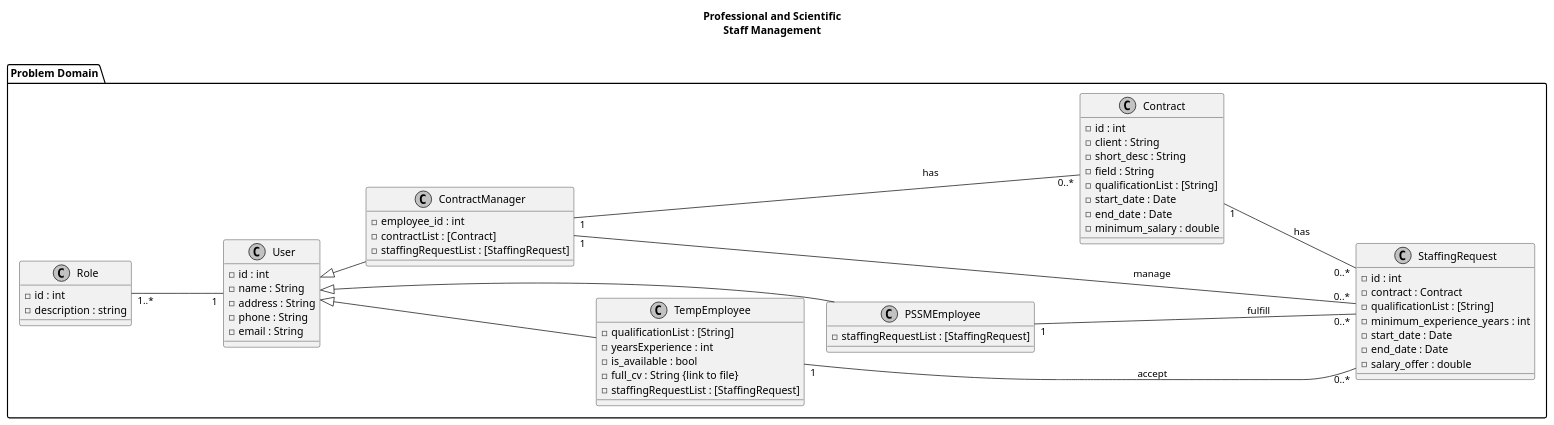
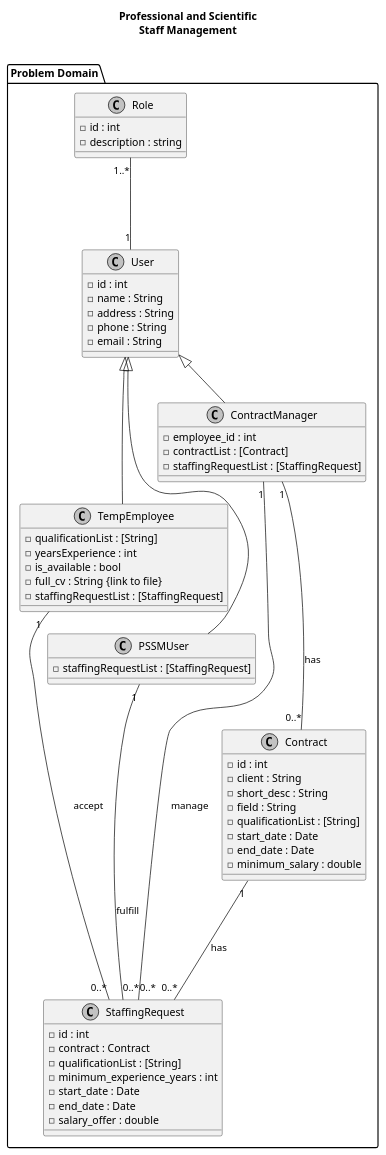
Before and after one commit to Nuissance/CIS641-capstone: the diagram in Design/ProblemDomain/pssm_cd_design.puml, drawn with PlantUML. The commit also changed 3 other files, not shown here.

```diff
--- a/Design/ProblemDomain/pssm_cd_design.puml
+++ b/Design/ProblemDomain/pssm_cd_design.puml
@@ -1,67 +1,67 @@
 @startuml
-left to right direction
+'left to right direction
 skinparam monochrome true
 title Professional and Scientific\nStaff Management\n
 
 package "Problem Domain" {
   class Role{
     -id : int
     -description : string
   }
   class User{
     -id : int
     -name : String
     -address : String
     -phone : String
     -email : String
   }
   class TempEmployee{
     -qualificationList : [String]
     -yearsExperience : int
     -is_available : bool
     -full_cv : String {link to file}
     -staffingRequestList : [StaffingRequest]
   }
-  class PSSMEmployee{
+  class PSSMUser{
     -staffingRequestList : [StaffingRequest]
   }
 
   class ContractManager{
     -employee_id : int
     -contractList : [Contract]
     -staffingRequestList : [StaffingRequest]
   }
 
   class StaffingRequest{
     -id : int
     -contract : Contract
     -qualificationList : [String]
     -minimum_experience_years : int
     -start_date : Date
     -end_date : Date
     -salary_offer : double
   }
 
   class Contract{
     -id : int
     -client : String
     -short_desc : String
     -field : String
     -qualificationList : [String]
     -start_date : Date
     -end_date : Date
     -minimum_salary : double
   }
 
 
   Role "1..*" --- "1" User
   User <|-- TempEmployee
-  User <|-- PSSMEmployee
+  User <|-- PSSMUser
   User <|-- ContractManager
-  PSSMEmployee "1" --- "0..*" StaffingRequest : fulfill
+  PSSMUser "1" --- "0..*" StaffingRequest : fulfill
   TempEmployee "1" --- "0..*" StaffingRequest : accept
   ContractManager "1" --- "0..*" StaffingRequest : manage
   ContractManager "1" --- "0..*" Contract : has
   Contract "1" --- "0..*" StaffingRequest : has
 }
 @enduml
```
